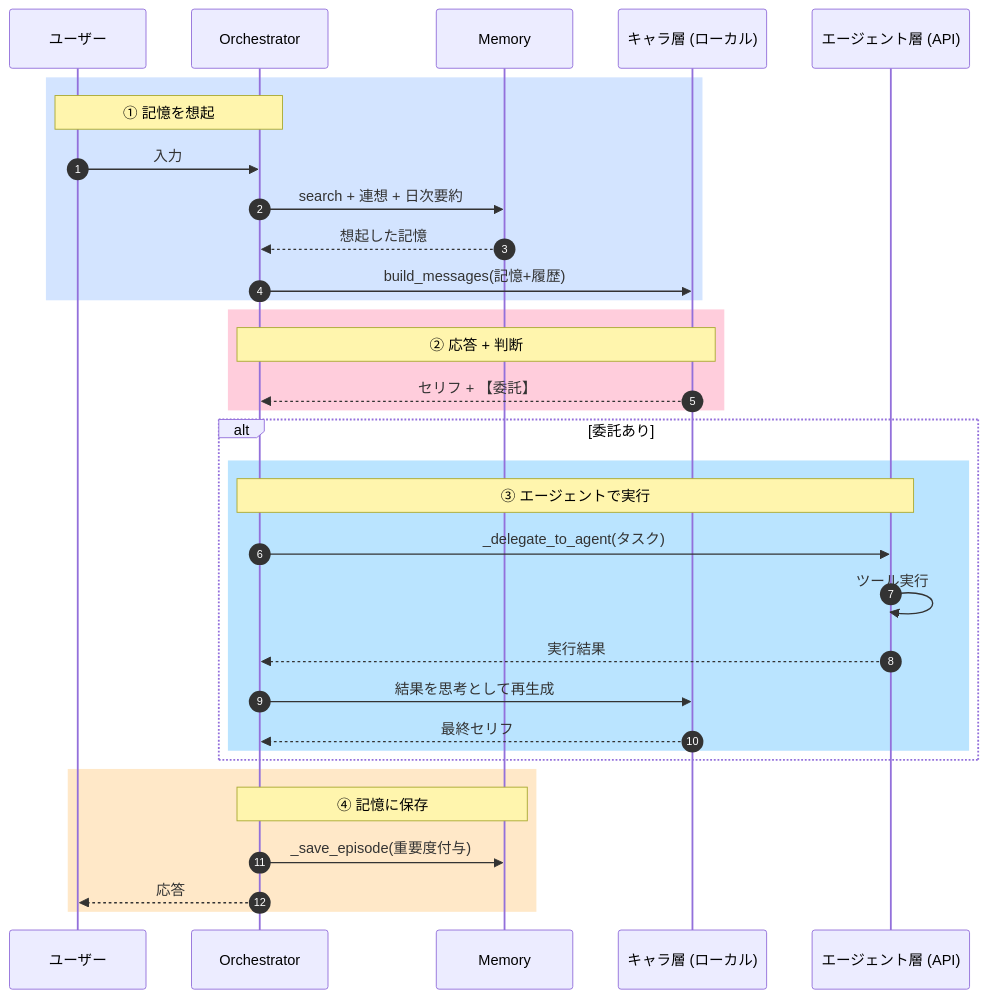
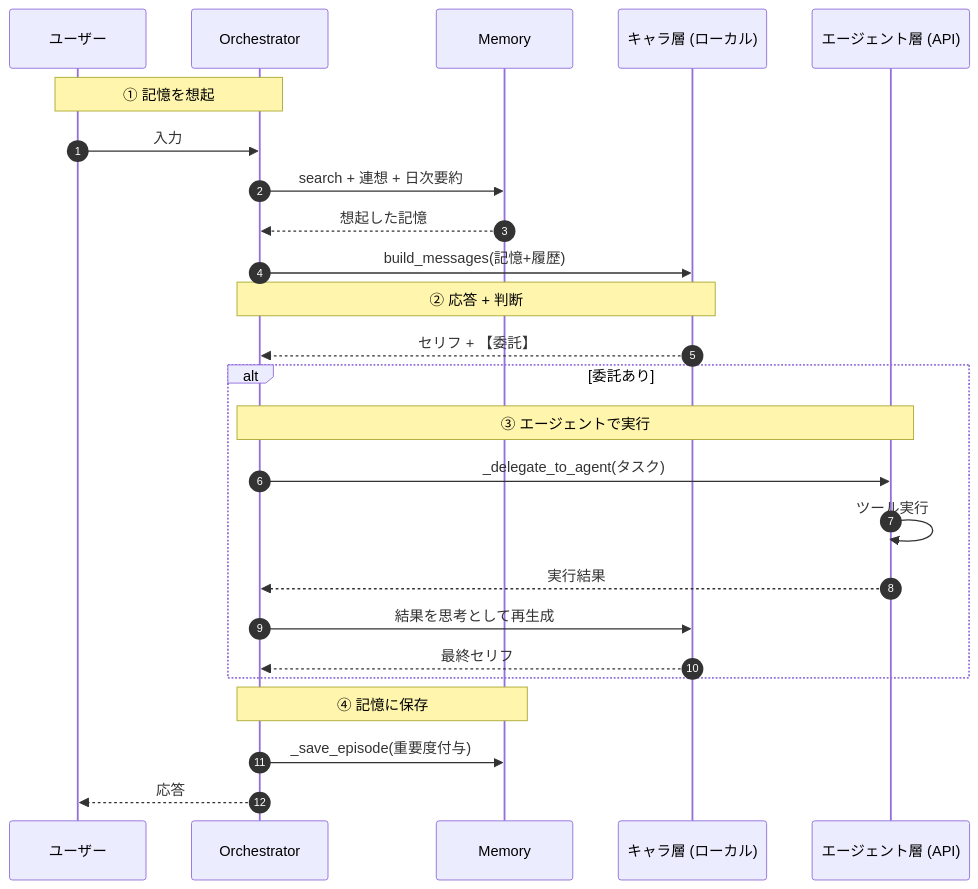
Before and after one commit to kuroron000234/Project-Lucina: the third of 4 diagrams in README.md, drawn with Mermaid. The commit also changed other lines of this file, not shown here.

Commit message:
Remove all colors from Mermaid diagrams, use plain black-on-white

````diff
--- a/README.md
+++ b/README.md
@@ -126,39 +100,31 @@
 ```mermaid
 sequenceDiagram
     autonumber
     participant U as ユーザー
     participant O as Orchestrator
     participant M as Memory
     participant C as キャラ層 (ローカル)
     participant A as エージェント層 (API)
 
-    rect rgb(211, 228, 255)
-        Note over U,O: ① 記憶を想起
-        U->>O: 入力
-        O->>M: search + 連想 + 日次要約
-        M-->>O: 想起した記憶
-        O->>C: build_messages(記憶+履歴)
+    Note over U,O: ① 記憶を想起
+    U->>O: 入力
+    O->>M: search + 連想 + 日次要約
+    M-->>O: 想起した記憶
+    O->>C: build_messages(記憶+履歴)
+
+    Note over O,C: ② 応答 + 判断
+    C-->>O: セリフ + 【委託】
+
+    alt 委託あり
+        Note over O,A: ③ エージェントで実行
+        O->>A: _delegate_to_agent(タスク)
+        A->>A: ツール実行
+        A-->>O: 実行結果
+        O->>C: 結果を思考として再生成
+        C-->>O: 最終セリフ
     end
 
-    rect rgb(255, 205, 220)
-        Note over O,C: ② 応答 + 判断
-        C-->>O: セリフ + 【委託】
-    end
-
-    alt 委託あり
-        rect rgb(186, 228, 255)
-            Note over O,A: ③ エージェントで実行
-            O->>A: _delegate_to_agent(タスク)
-            A->>A: ツール実行
-            A-->>O: 実行結果
-            O->>C: 結果を思考として再生成
-            C-->>O: 最終セリフ
-        end
-    end
-
-    rect rgb(255, 232, 200)
-        Note over O,M: ④ 記憶に保存
-        O->>M: _save_episode(重要度付与)
-        O-->>U: 応答
-    end
+    Note over O,M: ④ 記憶に保存
+    O->>M: _save_episode(重要度付与)
+    O-->>U: 応答
 ```
````
